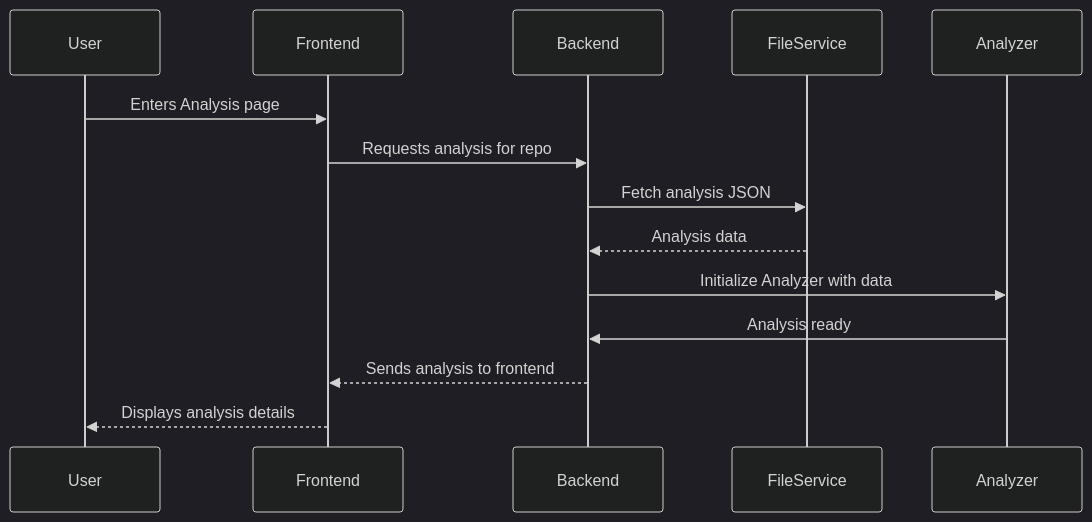
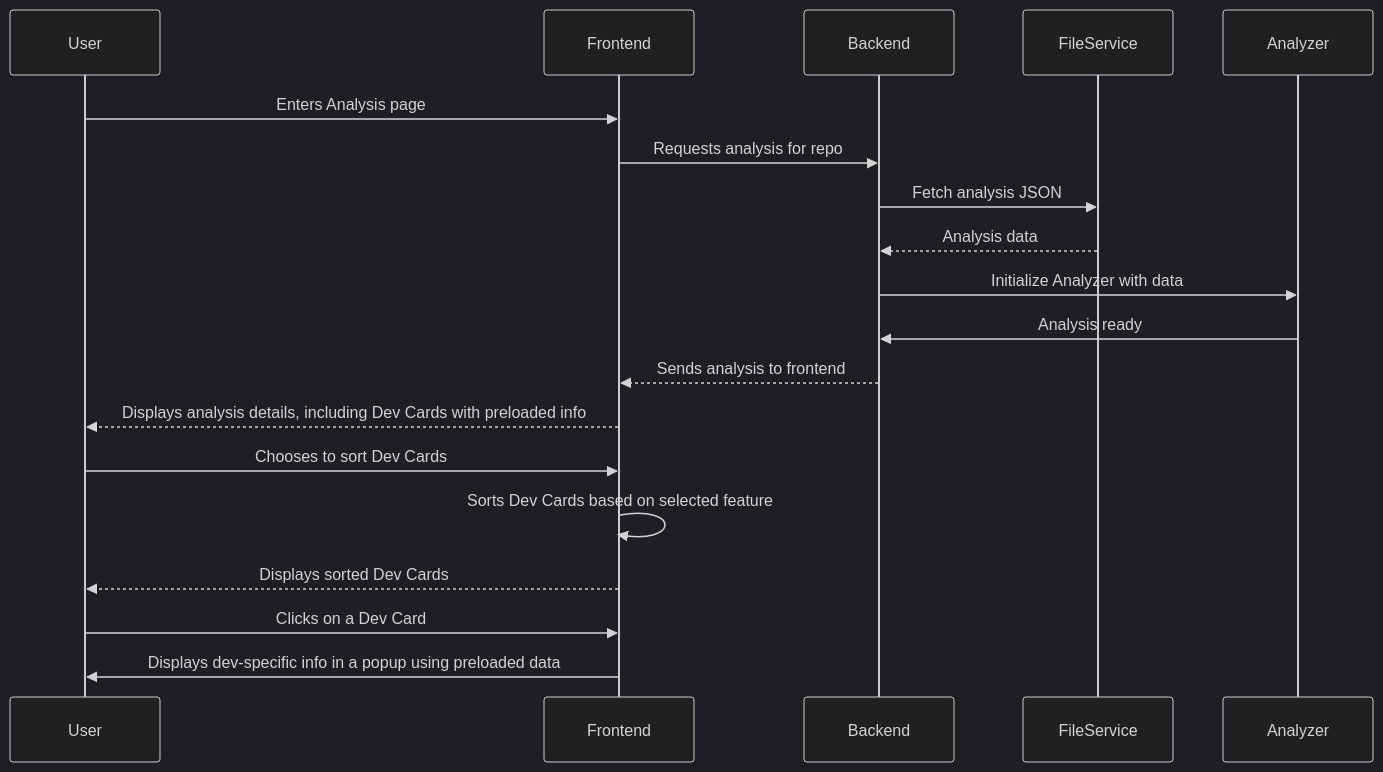
Before and after one commit to Emruur/DevInsight: the second of 2 diagrams in Diagrams/sequence diagrams.md, drawn with Mermaid (dark theme). The commit also changed other lines of this file, not shown here.

Commit message:
sequence diagrams

````diff
--- a/Diagrams/sequence diagrams.md
+++ b/Diagrams/sequence diagrams.md
@@ -35,18 +35,23 @@
 ```mermaid
 sequenceDiagram
     participant U as User
     participant F as Frontend
     participant B as Backend
     participant FS as FileService
     participant A as Analyzer
 
     U->>F: Enters Analysis page
     F->>B: Requests analysis for repo
     B->>FS: Fetch analysis JSON
     FS-->>B: Analysis data
     B->>A: Initialize Analyzer with data
     A->>B: Analysis ready
     B-->>F: Sends analysis to frontend
-    F-->>U: Displays analysis details
+    F-->>U: Displays analysis details, including Dev Cards with preloaded info
+    U->>F: Chooses to sort Dev Cards
+    F->>F: Sorts Dev Cards based on selected feature
+    F-->>U: Displays sorted Dev Cards
+    U->>F: Clicks on a Dev Card
+    F->>U: Displays dev-specific info in a popup using preloaded data
 
 ```
````
